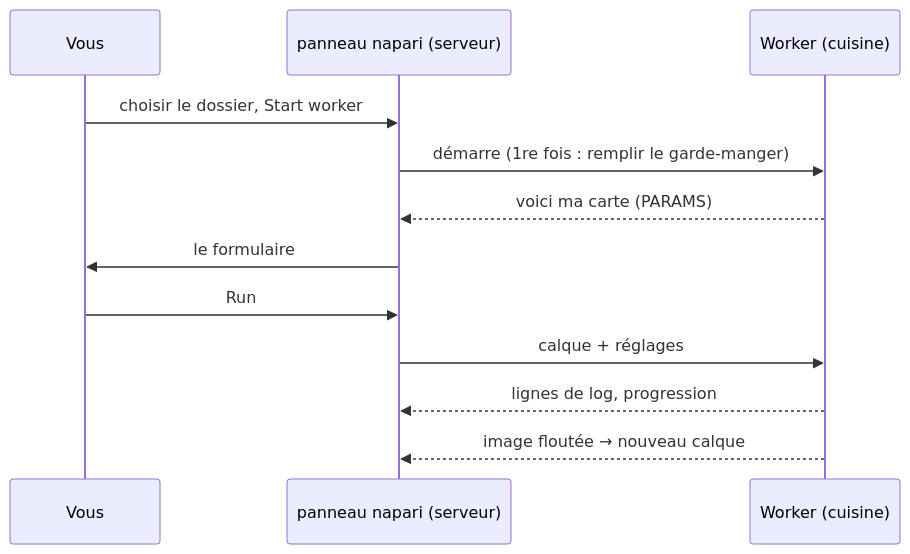
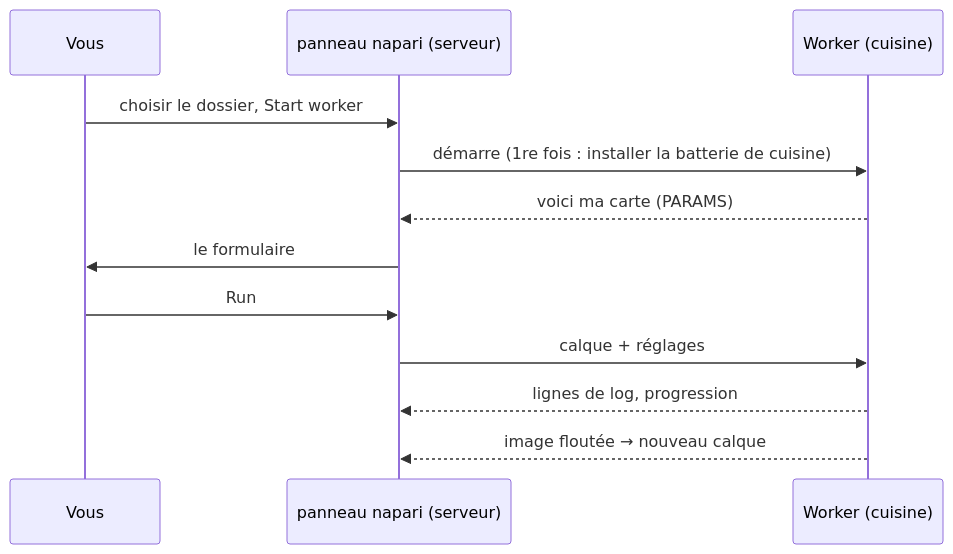
The diagram in guide/napari/first-run.fr.md (Oxford-Zeiss-Centre-of-Excellence/Wavu), drawn with Mermaid before and after one commit. The commit also changed other lines of this file and 221 other files, not shown here.

````diff
--- a/guide/napari/first-run.fr.md
+++ b/guide/napari/first-run.fr.md
@@ -12,14 +12,14 @@
 ```mermaid
 sequenceDiagram
     participant You as Vous
     participant N as panneau napari (serveur)
     participant W as Worker (cuisine)
     You->>N: choisir le dossier, Start worker
-    N->>W: démarre (1re fois : remplir le garde-manger)
+    N->>W: démarre (1re fois : installer la batterie de cuisine)
     W-->>N: voici ma carte (PARAMS)
     N->>You: le formulaire
     You->>N: Run
     N->>W: calque + réglages
     W-->>N: lignes de log, progression
     W-->>N: image floutée → nouveau calque
 ```
````
